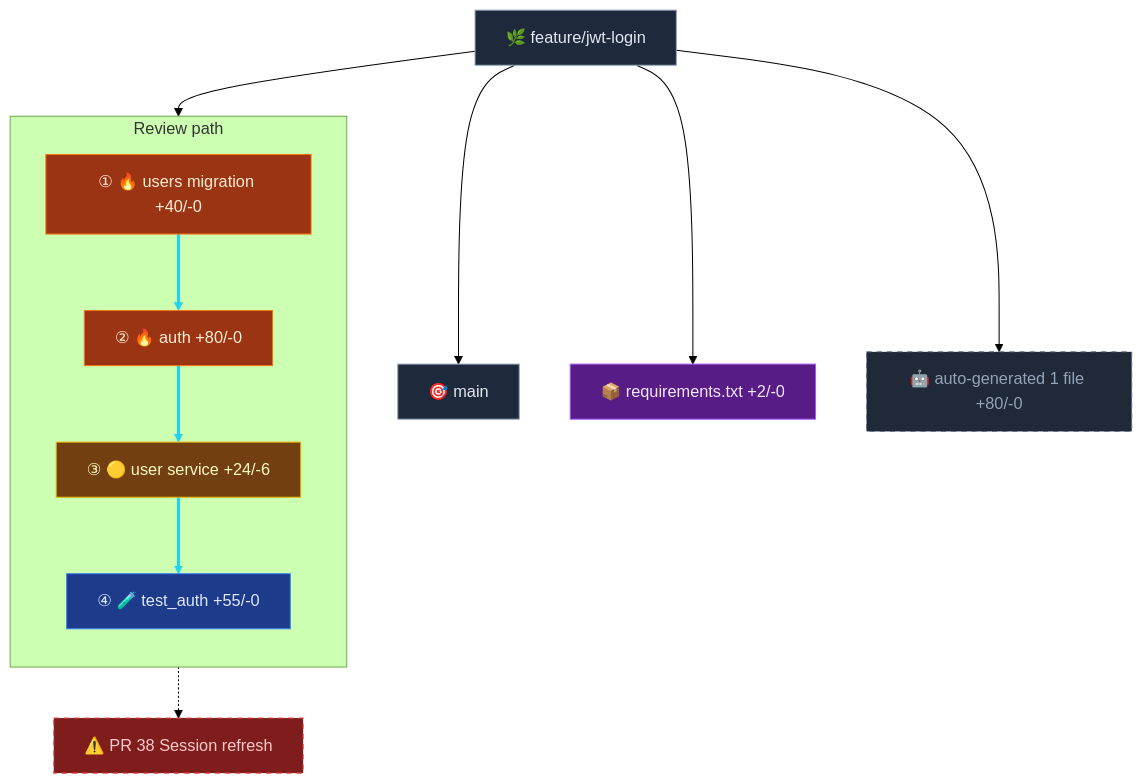
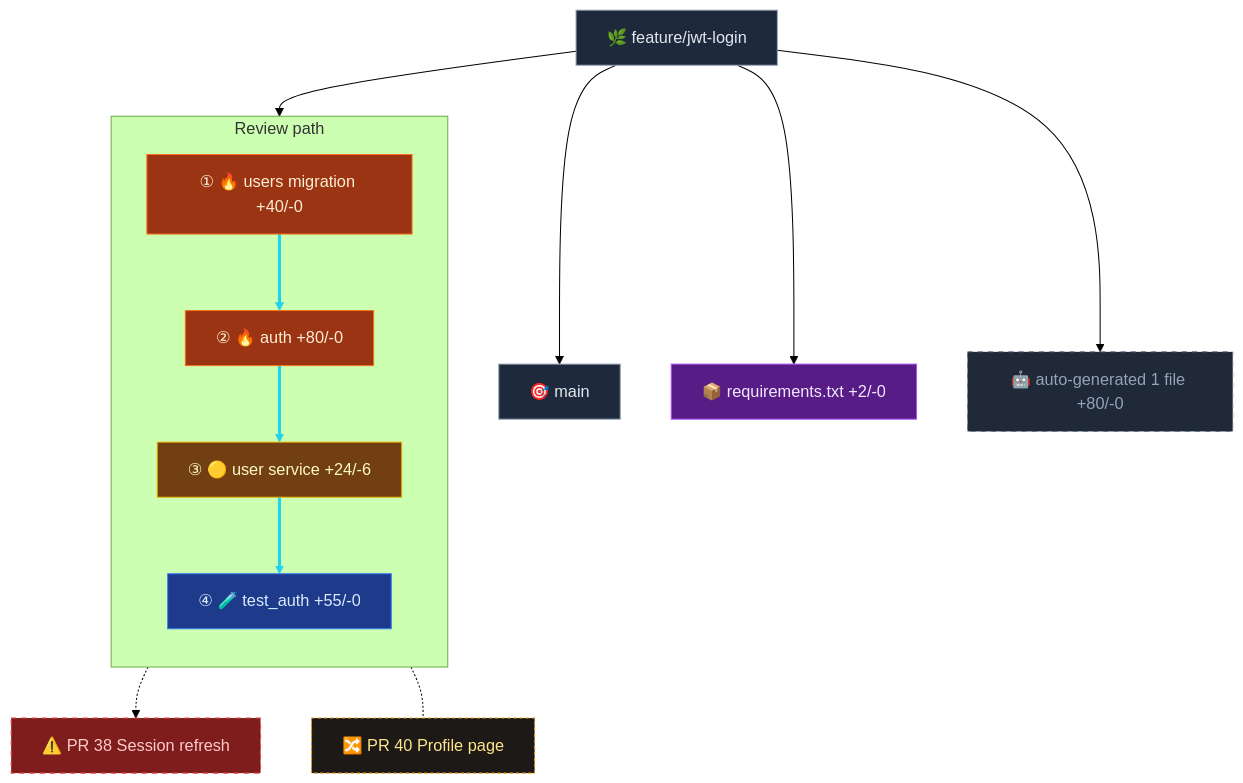
Before and after one commit to sujairibrahim/prism: the diagram in SKILL.md, drawn with Mermaid (forest theme). The commit also changed other lines of this file and 3 other files, not shown here.

````diff
--- a/SKILL.md
+++ b/SKILL.md
@@ -112,51 +152,55 @@
 ```mermaid
 flowchart TB
   HEAD["🌿 feature/jwt-login"] --> BASE["🎯 main"]
 
   subgraph PATH["Review path"]
     direction TB
     DB["① 🔥 users migration +40/-0"]
     AUTH["② 🔥 auth +80/-0"]
     USER["③ 🟡 user service +24/-6"]
     TEST["④ 🧪 test_auth +55/-0"]
     DB ==> AUTH
     AUTH ==> USER
     USER ==> TEST
   end
 
   DEPS["📦 requirements.txt +2/-0"]
   GEN["🤖 auto-generated 1 file +80/-0"]
   C38["⚠️ PR 38 Session refresh"]
+  O40["🔀 PR 40 Profile page"]
 
   HEAD --> DB
   HEAD --> DEPS
   HEAD --> GEN
   AUTH -.-> C38
+  USER -.- O40
 
   click DB call showNode("DB")
   click AUTH call showNode("AUTH")
   click USER call showNode("USER")
   click TEST call showNode("TEST")
   click DEPS call showNode("DEPS")
   click GEN call showNode("GEN")
 
   classDef branch fill:#1e293b,stroke:#94a3b8,color:#e2e8f0
   classDef added fill:#14532d,stroke:#22c55e,color:#dcfce7
   classDef modified fill:#713f12,stroke:#eab308,color:#fef9c3
   classDef deleted fill:#7f1d1d,stroke:#ef4444,color:#fee2e2
   classDef tests fill:#1e3a8a,stroke:#3b82f6,color:#dbeafe
   classDef deps fill:#581c87,stroke:#a855f7,color:#f3e8ff
   classDef risky fill:#9a3412,stroke:#f97316,color:#ffedd5
   classDef generated fill:#1f2937,stroke:#64748b,color:#94a3b8,stroke-dasharray:5 5
   classDef conflict fill:#7f1d1d,stroke:#ef4444,color:#fecaca,stroke-dasharray:5 5
+  classDef overlap fill:#1c1917,stroke:#f59e0b,color:#fde68a,stroke-dasharray:3 3
 
   class HEAD,BASE branch
   class DB,AUTH risky
   class USER modified
   class TEST tests
   class DEPS deps
   class GEN generated
   class C38 conflict
+  class O40 overlap
 
   linkStyle 1,2,3 stroke:#22d3ee,stroke-width:3px
 ```
````
